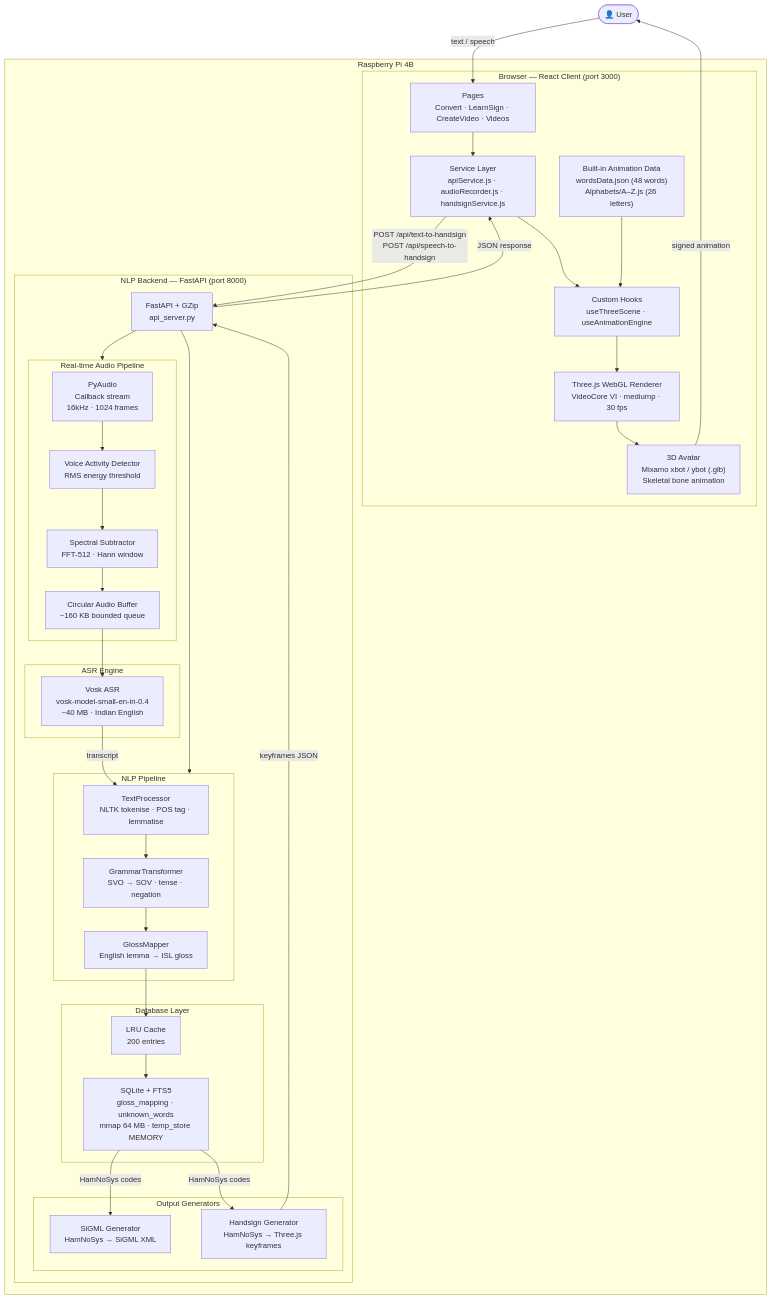
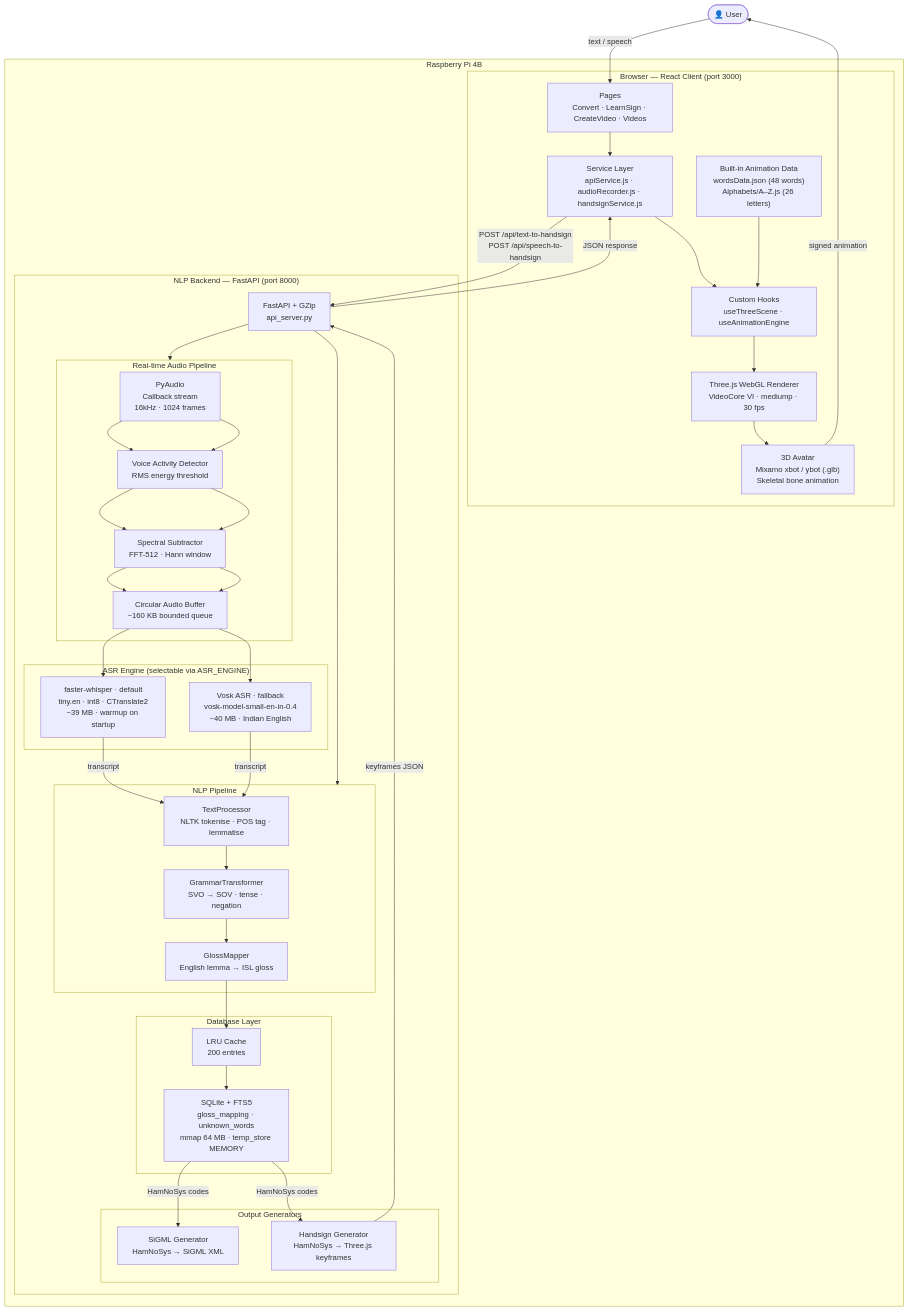
Before and after one commit to Sri-Krishna-V/SignVani: the first of 4 diagrams in README.md, drawn with Mermaid. The commit also changed other lines of this file and 2 other files, not shown here.

Commit message:
feat: Update README and configuration for ASR engine selection; add unified startup script

````diff
--- a/README.md
+++ b/README.md
@@ -65,64 +65,67 @@
 ```mermaid
 graph TD
     User(["👤 User"])
 
     subgraph RPi4["Raspberry Pi 4B"]
         subgraph Browser["Browser — React Client  (port 3000)"]
             Pages["Pages\nConvert · LearnSign · CreateVideo · Videos"]
             Services["Service Layer\napiService.js · audioRecorder.js · handsignService.js"]
             Hooks["Custom Hooks\nuseThreeScene · useAnimationEngine"]
             Renderer["Three.js WebGL Renderer\nVideoCore VI · mediump · 30 fps"]
             Avatar["3D Avatar\nMixamo xbot / ybot (.glb)\nSkeletal bone animation"]
             AnimData["Built-in Animation Data\nwordsData.json (48 words)\nAlphabets/A–Z.js (26 letters)"]
         end
 
         subgraph Backend["NLP Backend — FastAPI  (port 8000)"]
             API["FastAPI + GZip\napi_server.py"]
 
             subgraph AudioPipeline["Real-time Audio Pipeline"]
                 PyAudio["PyAudio\nCallback stream\n16kHz · 1024 frames"]
                 VAD["Voice Activity Detector\nRMS energy threshold"]
                 NoiseFilter["Spectral Subtractor\nFFT-512 · Hann window"]
                 CircBuf["Circular Audio Buffer\n~160 KB bounded queue"]
             end
 
-            subgraph ASR["ASR Engine"]
-                VoskASR["Vosk ASR\nvosk-model-small-en-in-0.4\n~40 MB · Indian English"]
+            subgraph ASR["ASR Engine (selectable via ASR_ENGINE)"]
+                WhisperASR["faster-whisper · default\ntiny.en · int8 · CTranslate2\n~39 MB · warmup on startup"]
+                VoskASR["Vosk ASR · fallback\nvosk-model-small-en-in-0.4\n~40 MB · Indian English"]
             end
 
             subgraph NLP["NLP Pipeline"]
                 TextProc["TextProcessor\nNLTK tokenise · POS tag · lemmatise"]
                 GrammarT["GrammarTransformer\nSVO → SOV · tense · negation"]
                 GlossMap["GlossMapper\nEnglish lemma → ISL gloss"]
             end
 
             subgraph DB["Database Layer"]
                 SQLite["SQLite + FTS5\ngloss_mapping · unknown_words\nmmap 64 MB · temp_store MEMORY"]
                 LRUCache["LRU Cache\n200 entries"]
             end
 
             subgraph SiGML["Output Generators"]
                 SiGMLGen["SiGML Generator\nHamNoSys → SiGML XML"]
                 KeyframeGen["Handsign Generator\nHamNoSys → Three.js keyframes"]
             end
         end
     end
 
     User -->|"text / speech"| Pages
     Pages --> Services
     Services -->|"POST /api/text-to-handsign\nPOST /api/speech-to-handsign"| API
     API --> AudioPipeline
     API --> NLP
+    PyAudio --> VAD --> NoiseFilter --> CircBuf --> WhisperASR
     PyAudio --> VAD --> NoiseFilter --> CircBuf --> VoskASR
+    WhisperASR -->|"transcript"| TextProc
     VoskASR -->|"transcript"| TextProc
     TextProc --> GrammarT --> GlossMap
     GlossMap --> LRUCache --> SQLite
     SQLite -->|"HamNoSys codes"| SiGMLGen
     SQLite -->|"HamNoSys codes"| KeyframeGen
     KeyframeGen -->|"keyframes JSON"| API
     API -->|"JSON response"| Services
     Services --> Hooks
     AnimData --> Hooks
     Hooks --> Renderer --> Avatar
     Avatar -->|"signed animation"| User
 ```
````
